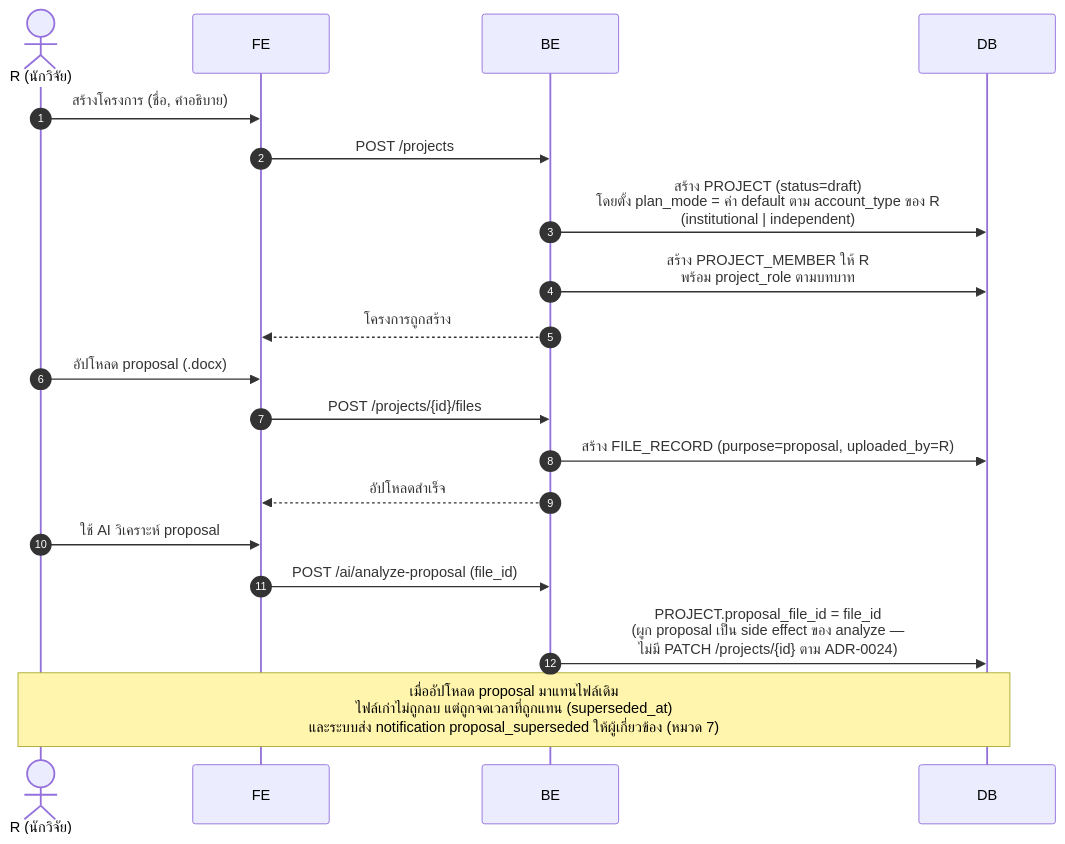
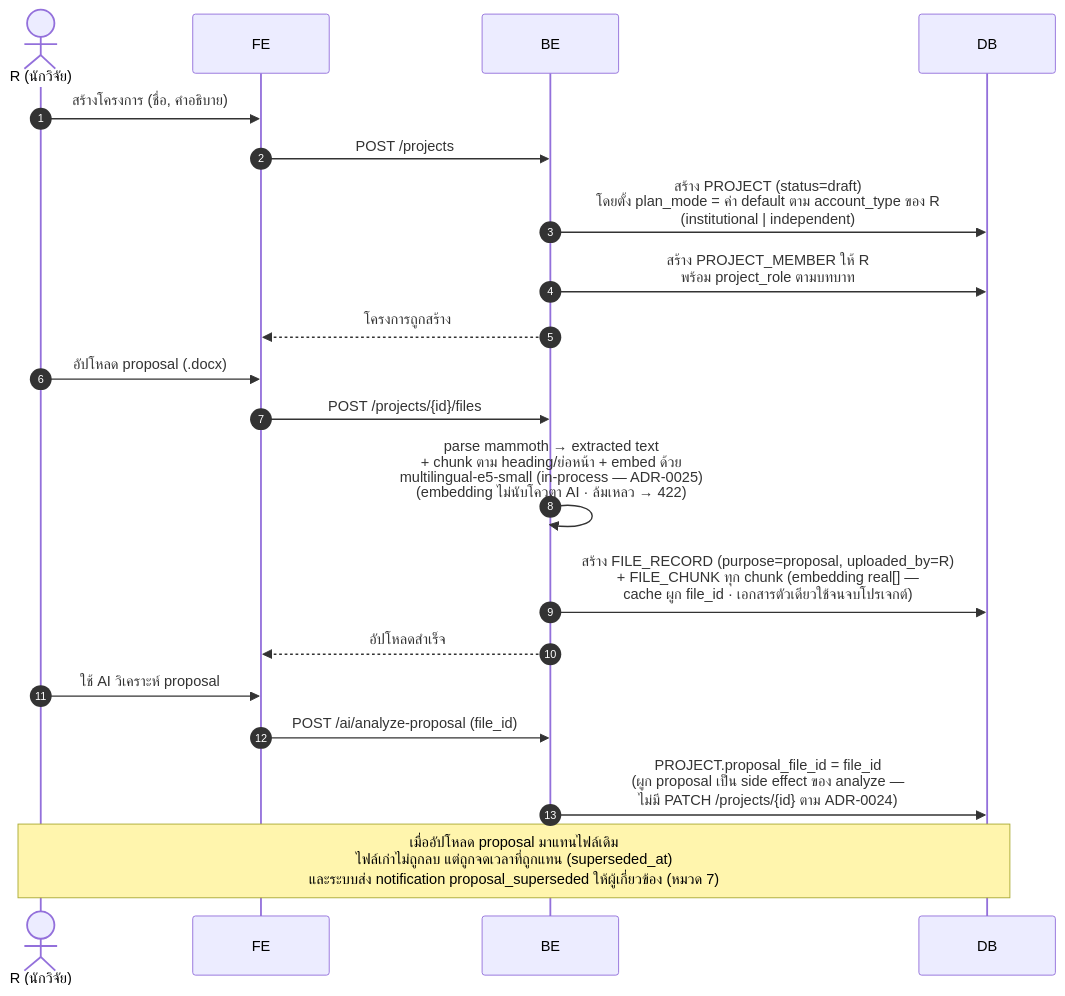
One commit to Open-Science-and-Data-management/Backend changed the second of 18 diagrams in docs/architecture/sequence-diagrams.md. Above: the diagram before and after it, drawn with Mermaid. The commit also changed other lines of this file and 5 other files, not shown here.

````diff
--- a/docs/architecture/sequence-diagrams.md
+++ b/docs/architecture/sequence-diagrams.md
@@ -109,25 +109,26 @@
 ```mermaid
 sequenceDiagram
     autonumber
     actor R as R (นักวิจัย)
     participant FE as FE
     participant BE as BE
     participant DB as DB
 
     R->>FE: สร้างโครงการ (ชื่อ, คำอธิบาย)
     FE->>BE: POST /projects
     BE->>DB: สร้าง PROJECT (status=draft)<br/>โดยตั้ง plan_mode = ค่า default ตาม account_type ของ R<br/>(institutional | independent)
     BE->>DB: สร้าง PROJECT_MEMBER ให้ R<br/>พร้อม project_role ตามบทบาท
     BE-->>FE: โครงการถูกสร้าง
 
     R->>FE: อัปโหลด proposal (.docx)
     FE->>BE: POST /projects/{id}/files
-    BE->>DB: สร้าง FILE_RECORD (purpose=proposal, uploaded_by=R)
+    BE->>BE: parse mammoth → extracted text<br/>+ chunk ตาม heading/ย่อหน้า + embed ด้วย<br/>multilingual-e5-small (in-process — ADR-0025)<br/>(embedding ไม่นับโควตา AI · ล้มเหลว → 422)
+    BE->>DB: สร้าง FILE_RECORD (purpose=proposal, uploaded_by=R)<br/>+ FILE_CHUNK ทุก chunk (embedding real[] —<br/>cache ผูก file_id · เอกสารตัวเดียวใช้จนจบโปรเจกต์)
     BE-->>FE: อัปโหลดสำเร็จ
 
     R->>FE: ใช้ AI วิเคราะห์ proposal
     FE->>BE: POST /ai/analyze-proposal (file_id)
     BE->>DB: PROJECT.proposal_file_id = file_id<br/>(ผูก proposal เป็น side effect ของ analyze —<br/>ไม่มี PATCH /projects/{id} ตาม ADR-0024)
 
     Note over R,DB: เมื่ออัปโหลด proposal มาแทนไฟล์เดิม<br/>ไฟล์เก่าไม่ถูกลบ แต่ถูกจดเวลาที่ถูกแทน (superseded_at)<br/>และระบบส่ง notification proposal_superseded ให้ผู้เกี่ยวข้อง (หมวด 7)
 ```
````
